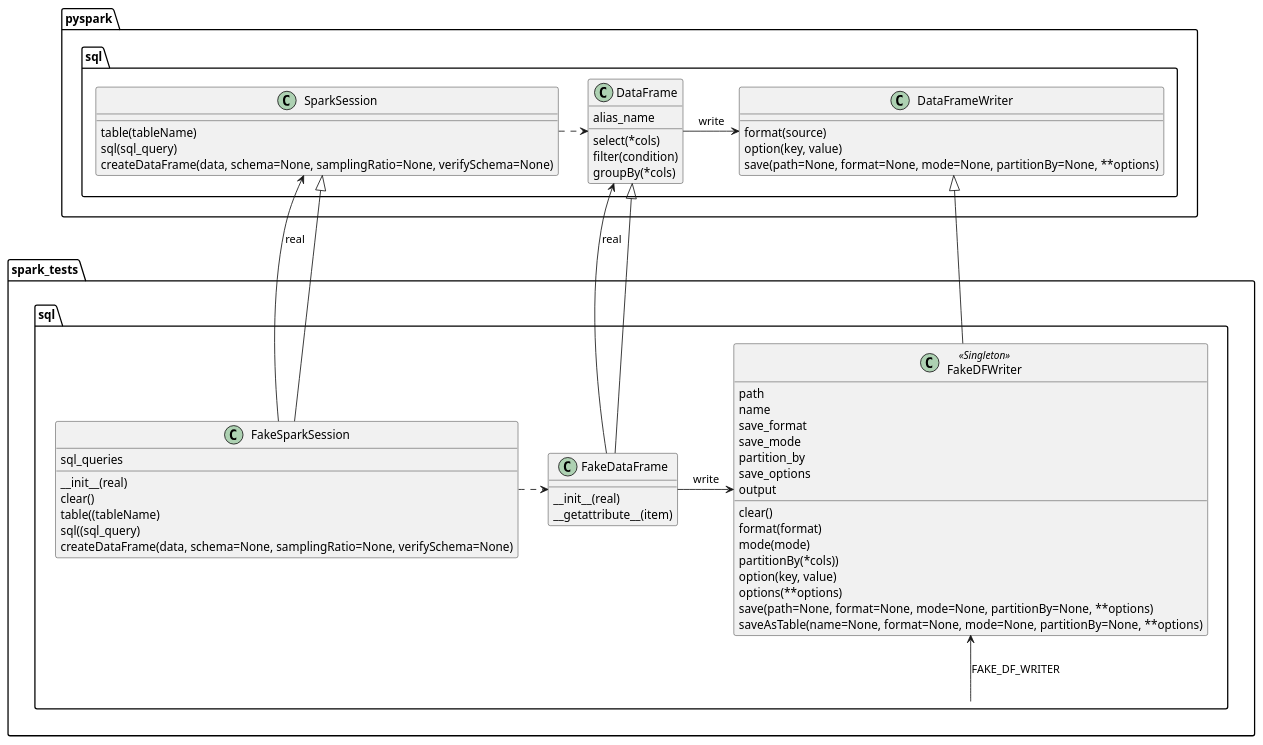
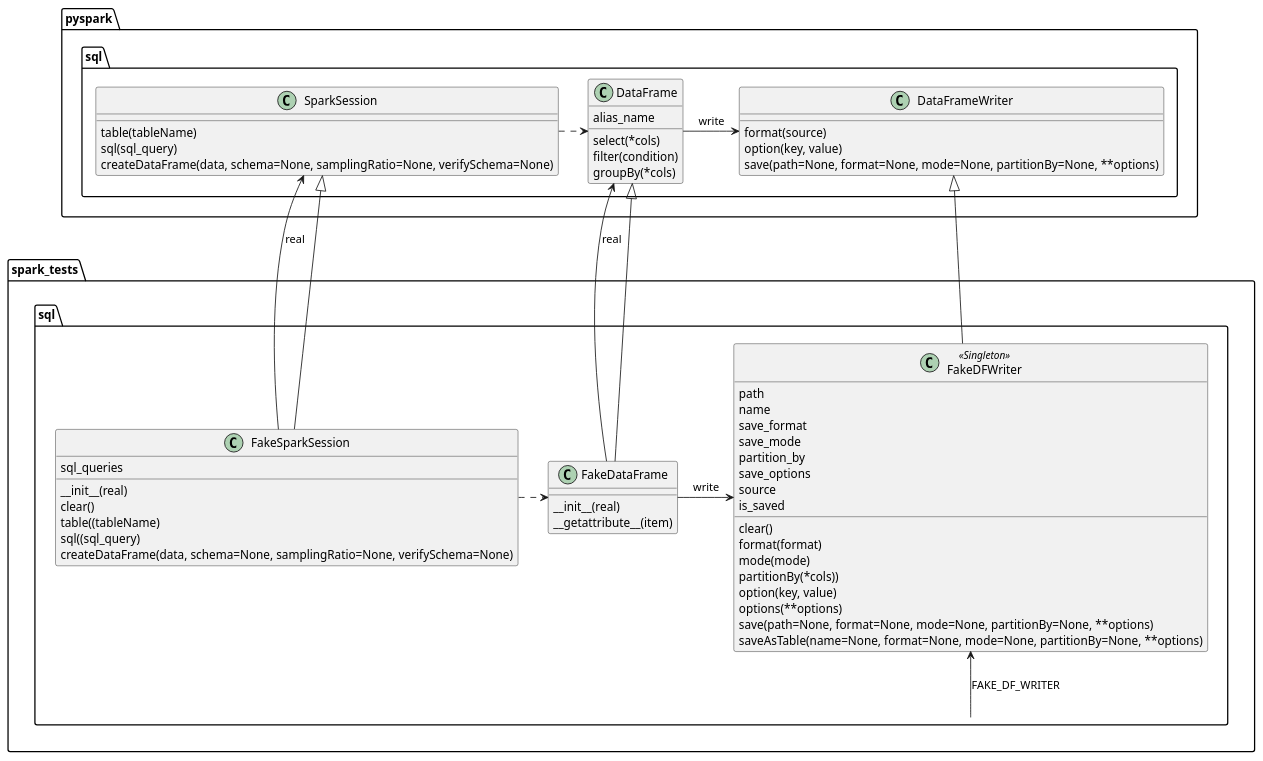
Before and after one commit to susumuasaga/spark-tests: the diagram in src/spark_tests/sql.puml, drawn with PlantUML. The commit also changed 12 other files, not shown here.

```diff
--- a/src/spark_tests/sql.puml
+++ b/src/spark_tests/sql.puml
@@ -1,63 +1,64 @@
 @startuml
 class pyspark.sql.SparkSession {
     table(tableName)
     sql(sql_query)
     createDataFrame(data, schema=None, samplingRatio=None, verifySchema=None)
 }
 
 class spark_tests.sql.FakeSparkSession {
     sql_queries
     __init__(real)
     clear()
     table((tableName)
     sql((sql_query)
     createDataFrame(data, schema=None, samplingRatio=None, verifySchema=None)
 }
 spark_tests.sql.FakeSparkSession -up-> pyspark.sql.SparkSession: real
 spark_tests.sql.FakeSparkSession -up-|> pyspark.sql.SparkSession
 
 class pyspark.sql.DataFrame {
     alias_name
     select(*cols)
     filter(condition)
     groupBy(*cols)
 }
 pyspark.sql.DataFrame <.left. pyspark.sql.SparkSession
 
 class spark_tests.sql.FakeDataFrame {
     __init__(real)
     __getattribute__(item)
 }
 spark_tests.sql.FakeDataFrame -up-> pyspark.sql.DataFrame: real
 spark_tests.sql.FakeDataFrame -up-|> pyspark.sql.DataFrame
 spark_tests.sql.FakeDataFrame <.left. spark_tests.sql.FakeSparkSession
 
 class pyspark.sql.DataFrameWriter {
     format(source)
     option(key, value)
     save(path=None, format=None, mode=None, partitionBy=None, **options)
 }
 pyspark.sql.DataFrameWriter <-left- pyspark.sql.DataFrame: write
 
 class spark_tests.sql.FakeDFWriter <<Singleton>> {
     path
     name
     save_format
     save_mode
     partition_by
     save_options
-    output
+    source
+    is_saved
     clear()
     format(format)
     mode(mode)
     partitionBy(*cols))
     option(key, value)
     options(**options)
     save(path=None, format=None, mode=None, partitionBy=None, **options)
     saveAsTable(name=None, format=None, mode=None, partitionBy=None, **options)
 }
 spark_tests.sql.FakeDFWriter -up-|> pyspark.sql.DataFrameWriter
 spark_tests.sql.FakeDFWriter <-left- spark_tests.sql.FakeDataFrame: write
 
 spark_tests.sql -up-> spark_tests.sql.FakeDFWriter: FAKE_DF_WRITER
 @enduml
```
